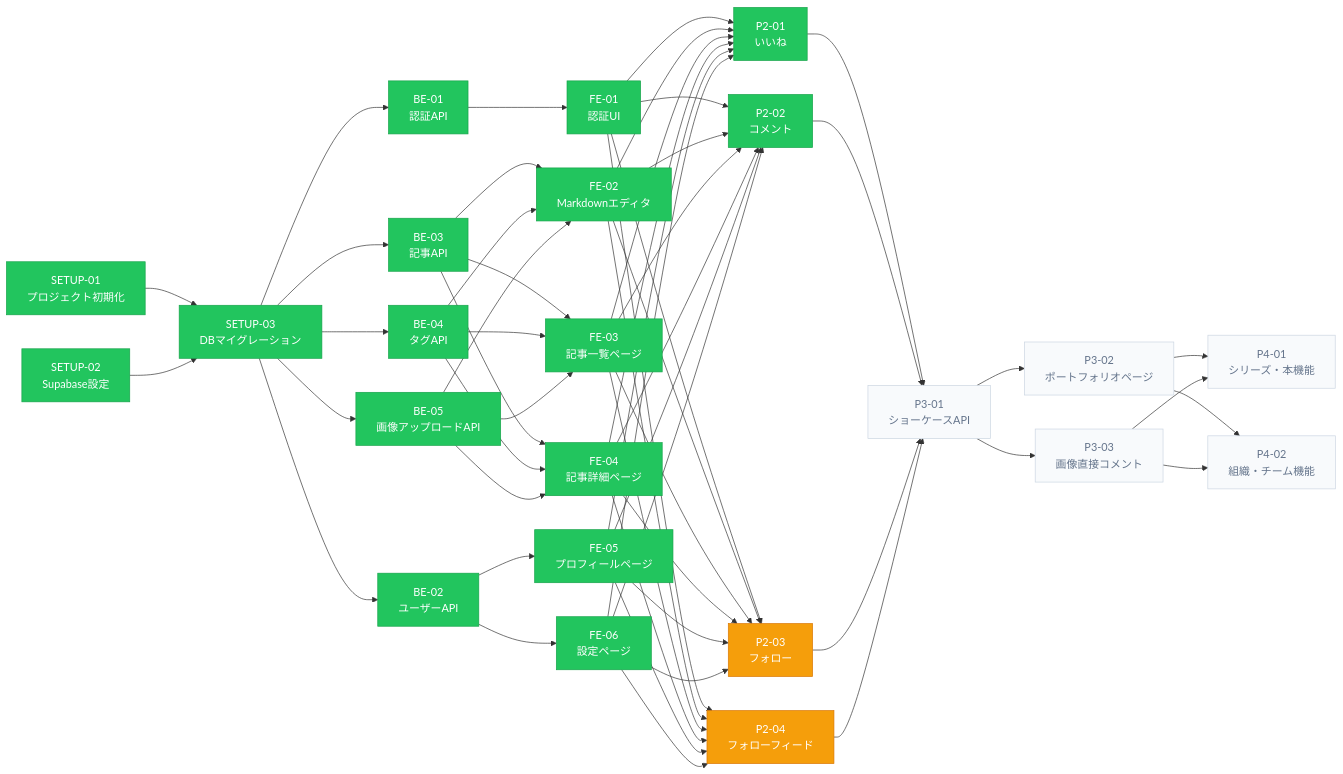
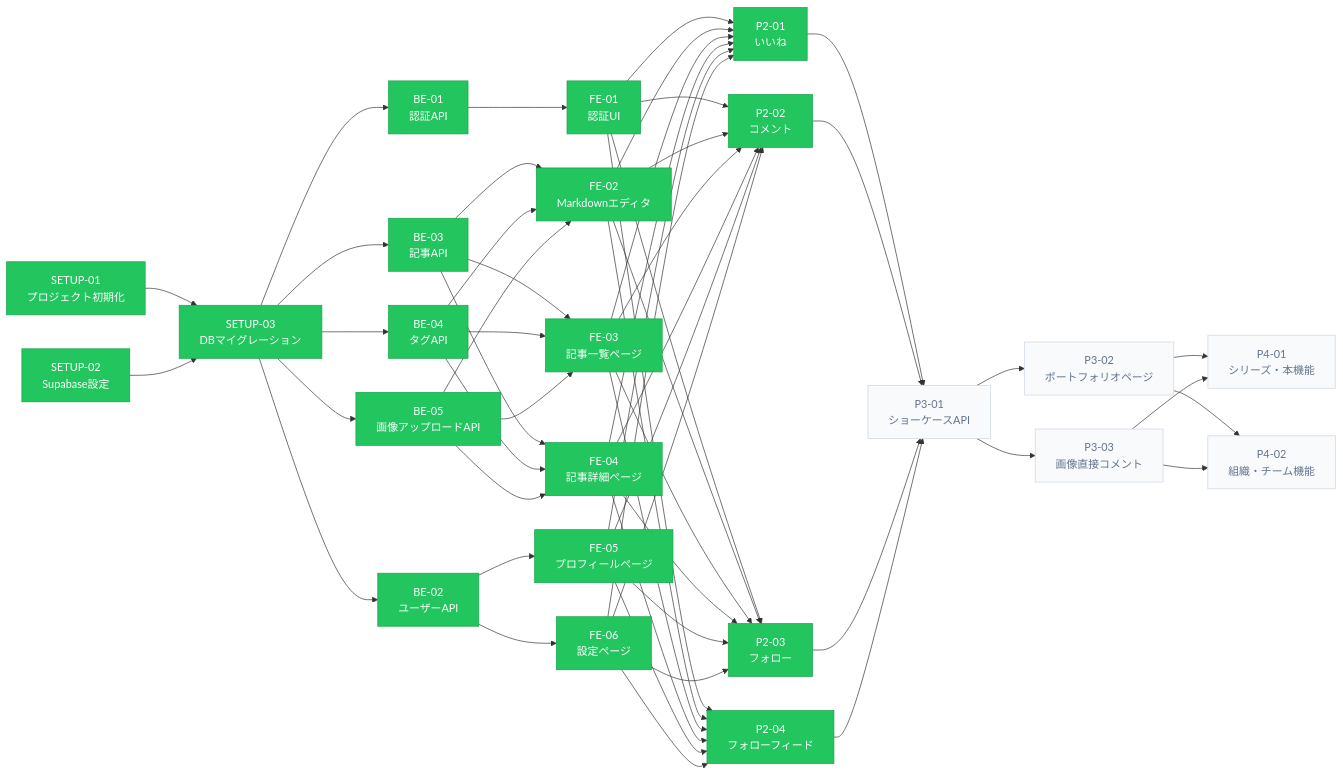
The diagram in tickets.md (eiji0573/creative-platform), drawn with Mermaid before and after one commit. The commit also changed 5 other files, not shown here.

````diff
--- a/tickets.md
+++ b/tickets.md
@@ -5,61 +5,60 @@
 ```mermaid
 flowchart LR
     classDef done       fill:#22c55e,color:#fff,stroke:#16a34a
     classDef inProgress fill:#f59e0b,color:#fff,stroke:#d97706
     classDef pending    fill:#f8fafc,color:#64748b,stroke:#cbd5e1
 
     SETUP-01["SETUP-01\nプロジェクト初期化"]
     SETUP-02["SETUP-02\nSupabase設定"]
     SETUP-03["SETUP-03\nDBマイグレーション"]
 
     BE-01["BE-01\n認証API"]
     FE-01["FE-01\n認証UI"]
 
     BE-03["BE-03\n記事API"]
     BE-04["BE-04\nタグAPI"]
     BE-05["BE-05\n画像アップロードAPI"]
     FE-02["FE-02\nMarkdownエディタ"]
     FE-03["FE-03\n記事一覧ページ"]
     FE-04["FE-04\n記事詳細ページ"]
 
     BE-02["BE-02\nユーザーAPI"]
     FE-05["FE-05\nプロフィールページ"]
     FE-06["FE-06\n設定ページ"]
 
     P2-01["P2-01\nいいね"]
     P2-02["P2-02\nコメント"]
     P2-03["P2-03\nフォロー"]
     P2-04["P2-04\nフォローフィード"]
 
     P3-01["P3-01\nショーケースAPI"]
     P3-02["P3-02\nポートフォリオページ"]
     P3-03["P3-03\n画像直接コメント"]
 
     P4-01["P4-01\nシリーズ・本機能"]
     P4-02["P4-02\n組織・チーム機能"]
 
     %% ステップ0
     SETUP-01 --> SETUP-03
     SETUP-02 --> SETUP-03
 
     %% ステップ1（3ストリーム並行）
     SETUP-03 --> BE-01 --> FE-01
     SETUP-03 --> BE-03 & BE-04 & BE-05
     BE-03 & BE-04 & BE-05 --> FE-02 & FE-03 & FE-04
     SETUP-03 --> BE-02 --> FE-05 & FE-06
 
     %% ステップ2（Phase 2並行）
     FE-01 & FE-02 & FE-03 & FE-04 & FE-05 & FE-06 --> P2-01 & P2-02 & P2-03 & P2-04
 
     %% ステップ3（Phase 3）
     P2-01 & P2-02 & P2-03 & P2-04 --> P3-01
     P3-01 --> P3-02 & P3-03
 
     %% ステップ4（Phase 4）
     P3-02 & P3-03 --> P4-01 & P4-02
 
     %% ステータス色（進捗ボードと同期して更新）
-    class SETUP-01,SETUP-02,SETUP-03,BE-01,BE-02,BE-03,BE-04,BE-05,FE-01,FE-02,FE-03,FE-04,FE-05,FE-06,P2-01,P2-02 done
-    class P2-03,P2-04 inProgress
+    class SETUP-01,SETUP-02,SETUP-03,BE-01,BE-02,BE-03,BE-04,BE-05,FE-01,FE-02,FE-03,FE-04,FE-05,FE-06,P2-01,P2-02,P2-03,P2-04 done
     class P3-01,P3-02,P3-03,P4-01,P4-02 pending
 ```
````
